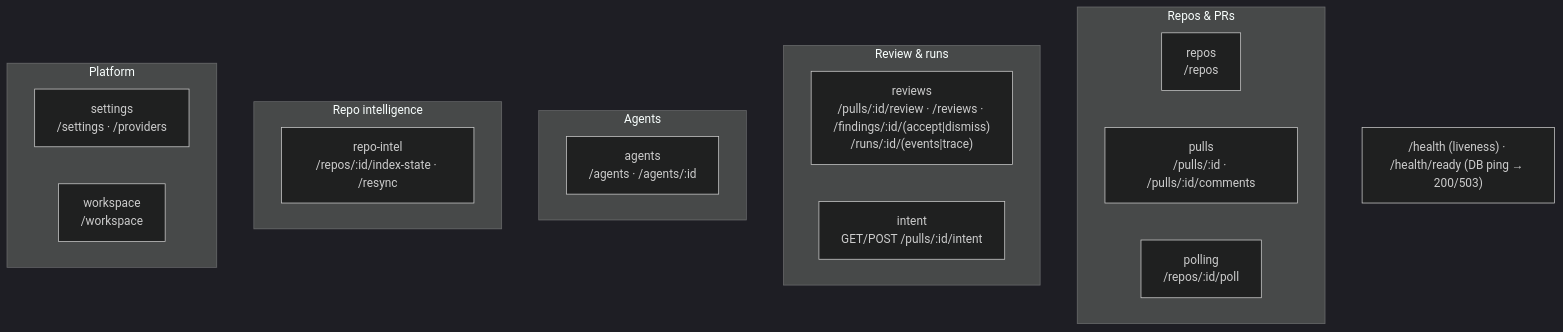
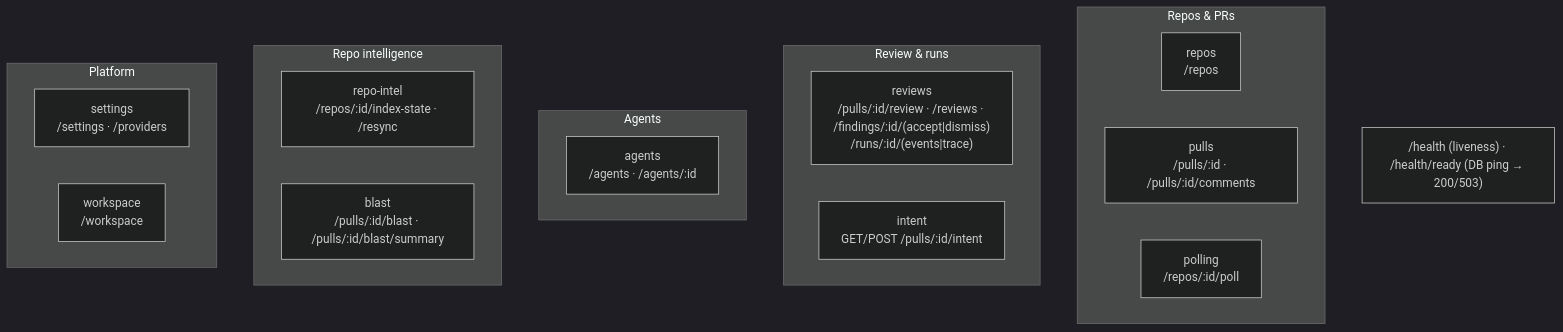
Before and after one commit to sergyinfo/neoversity-dev-digest: the second of 2 diagrams in server/README.md, drawn with Mermaid (dark theme). The commit also changed 19 other files, not shown here.

````diff
--- a/server/README.md
+++ b/server/README.md
@@ -64,23 +64,24 @@
 ```mermaid
 flowchart TB
   subgraph Repos_PRs["Repos & PRs"]
     repos["repos<br/>/repos"]
     pulls["pulls<br/>/pulls/:id · /pulls/:id/comments"]
     polling["polling<br/>/repos/:id/poll"]
   end
   subgraph Review["Review & runs"]
     reviews["reviews<br/>/pulls/:id/review · /reviews · /findings/:id/(accept|dismiss)<br/>/runs/:id/(events|trace)"]
     intent["intent<br/>GET/POST /pulls/:id/intent"]
   end
   subgraph Agents["Agents"]
     agents["agents<br/>/agents · /agents/:id"]
   end
   subgraph Intel["Repo intelligence"]
     repoIntel["repo-intel<br/>/repos/:id/index-state · /resync"]
+    blast["blast<br/>/pulls/:id/blast · /pulls/:id/blast/summary"]
   end
   subgraph Platform["Platform"]
     settings["settings<br/>/settings · /providers"]
     workspace["workspace<br/>/workspace"]
   end
   HEALTH["/health (liveness) · /health/ready (DB ping → 200/503)"]
 ```
````
